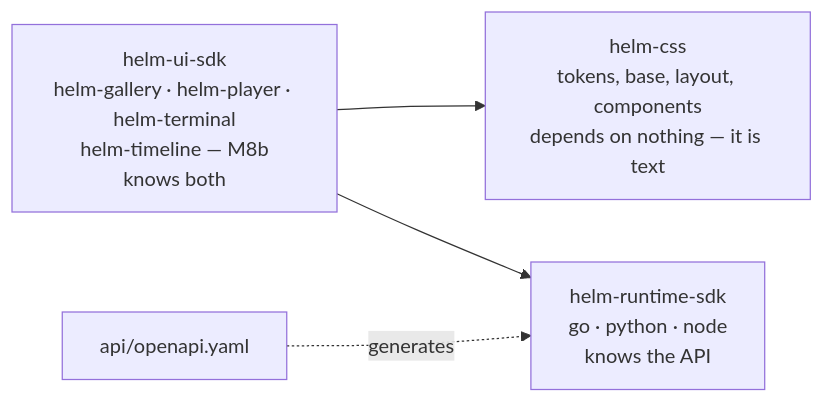
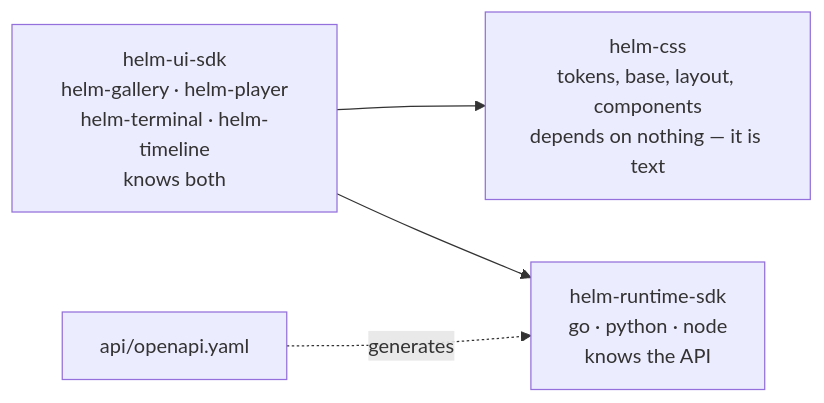
One commit to janishar/helmstudio changed the second of 9 diagrams in docs/helm/framework.md. Above: the diagram before and after it, drawn with Mermaid. The commit also changed other lines of this file, not shown here.

````diff
--- a/docs/helm/framework.md
+++ b/docs/helm/framework.md
@@ -184,10 +189,10 @@
 ``` mermaid
 flowchart LR
     css["helm-css<br/>tokens, base, layout, components<br/>depends on nothing — it is text"]
     rt["helm-runtime-sdk<br/>go · python · node<br/>knows the API"]
-    ui["helm-ui-sdk<br/>helm-gallery · helm-player · helm-terminal<br/>helm-timeline — M8b<br/>knows both"]
+    ui["helm-ui-sdk<br/>helm-gallery · helm-player<br/>helm-terminal · helm-timeline<br/>knows both"]
 
     api["api/openapi.yaml"] -.->|"generates"| rt
     ui --> css
     ui --> rt
 ```
````
